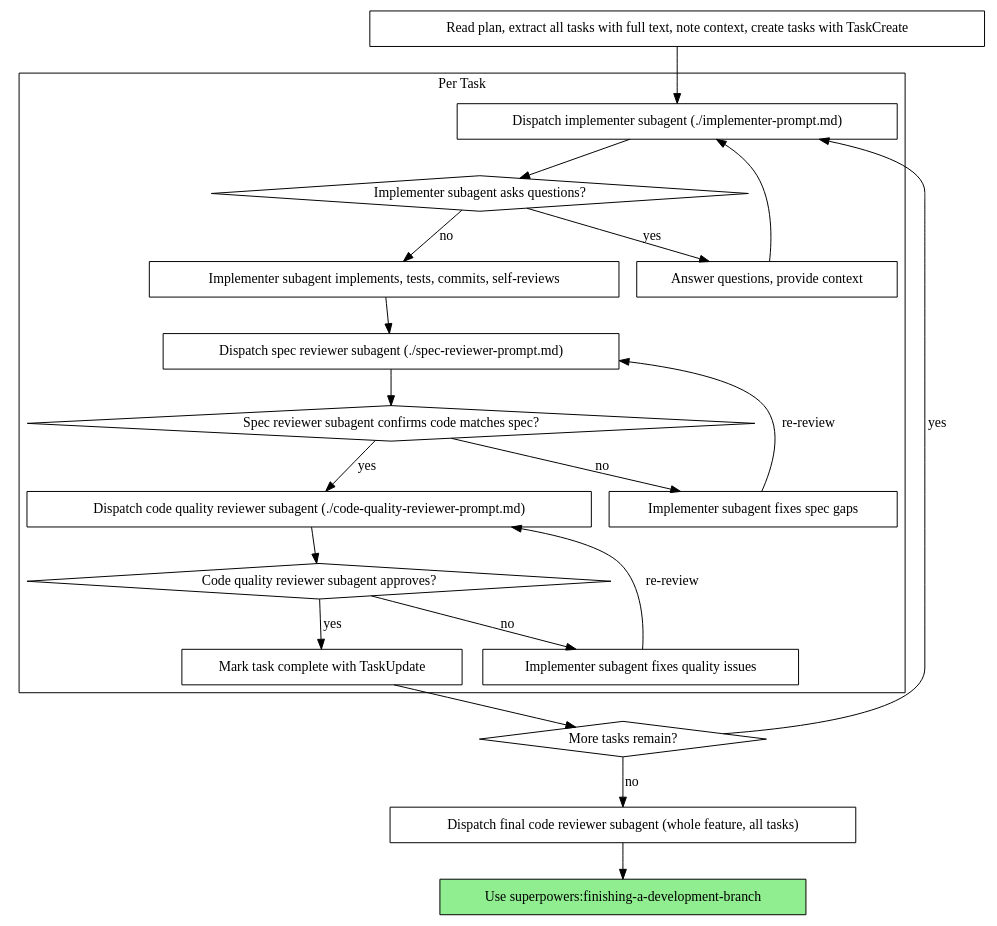
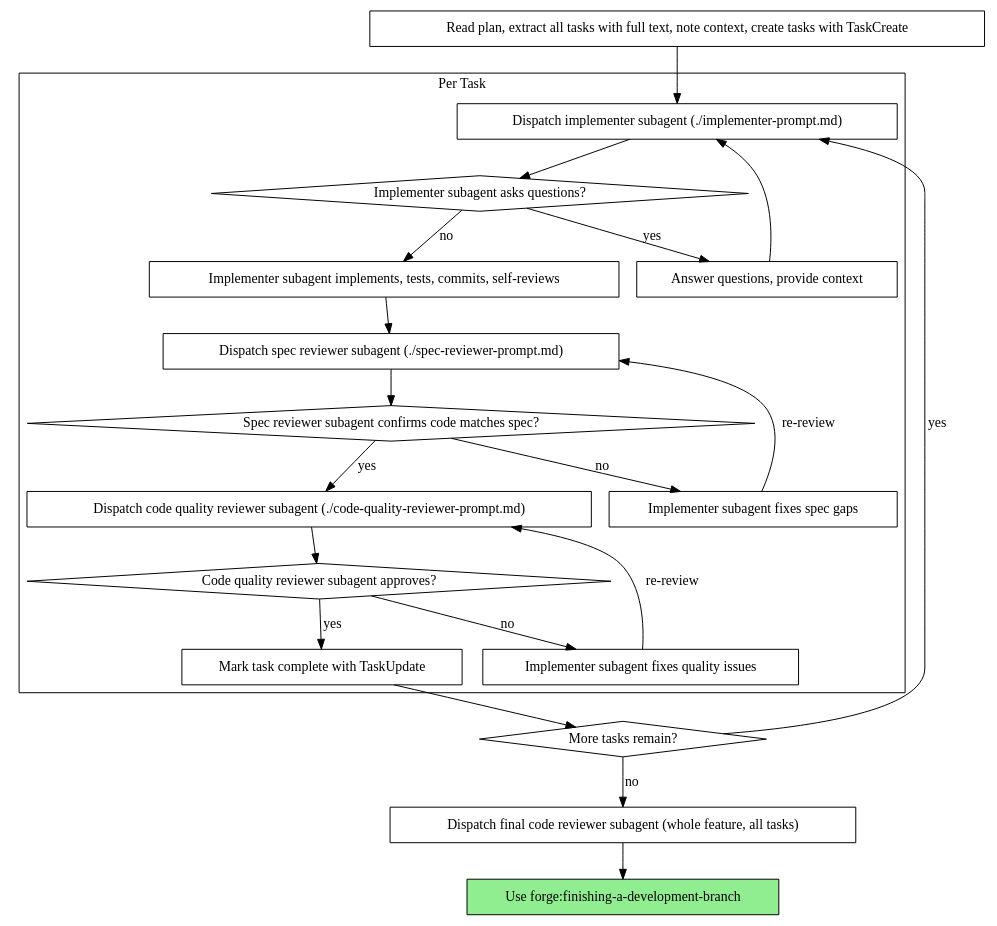
The second of 2 diagrams in skills/subagent-driven-development/SKILL.md (rahulsc/superpowers), drawn with Graphviz before and after one commit. The commit also changed other lines of this file and 1 other file, not shown here.

Commit message:
feat(subagent-driven-development): wire into forge state, evidence, and wave validation

````diff
--- a/skills/subagent-driven-development/SKILL.md
+++ b/skills/subagent-driven-development/SKILL.md
@@ -48,44 +48,44 @@
 ```dot
 digraph process {
     rankdir=TB;
 
     subgraph cluster_per_task {
         label="Per Task";
         "Dispatch implementer subagent (./implementer-prompt.md)" [shape=box];
         "Implementer subagent asks questions?" [shape=diamond];
         "Answer questions, provide context" [shape=box];
         "Implementer subagent implements, tests, commits, self-reviews" [shape=box];
         "Dispatch spec reviewer subagent (./spec-reviewer-prompt.md)" [shape=box];
         "Spec reviewer subagent confirms code matches spec?" [shape=diamond];
         "Implementer subagent fixes spec gaps" [shape=box];
         "Dispatch code quality reviewer subagent (./code-quality-reviewer-prompt.md)" [shape=box];
         "Code quality reviewer subagent approves?" [shape=diamond];
         "Implementer subagent fixes quality issues" [shape=box];
         "Mark task complete with TaskUpdate" [shape=box];
     }
 
     "Read plan, extract all tasks with full text, note context, create tasks with TaskCreate" [shape=box];
     "More tasks remain?" [shape=diamond];
     "Dispatch final code reviewer subagent (whole feature, all tasks)" [shape=box];
-    "Use superpowers:finishing-a-development-branch" [shape=box style=filled fillcolor=lightgreen];
+    "Use forge:finishing-a-development-branch" [shape=box style=filled fillcolor=lightgreen];
 
     "Read plan, extract all tasks with full text, note context, create tasks with TaskCreate" -> "Dispatch implementer subagent (./implementer-prompt.md)";
     "Dispatch implementer subagent (./implementer-prompt.md)" -> "Implementer subagent asks questions?";
     "Implementer subagent asks questions?" -> "Answer questions, provide context" [label="yes"];
     "Answer questions, provide context" -> "Dispatch implementer subagent (./implementer-prompt.md)";
     "Implementer subagent asks questions?" -> "Implementer subagent implements, tests, commits, self-reviews" [label="no"];
     "Implementer subagent implements, tests, commits, self-reviews" -> "Dispatch spec reviewer subagent (./spec-reviewer-prompt.md)";
     "Dispatch spec reviewer subagent (./spec-reviewer-prompt.md)" -> "Spec reviewer subagent confirms code matches spec?";
     "Spec reviewer subagent confirms code matches spec?" -> "Implementer subagent fixes spec gaps" [label="no"];
     "Implementer subagent fixes spec gaps" -> "Dispatch spec reviewer subagent (./spec-reviewer-prompt.md)" [label="re-review"];
     "Spec reviewer subagent confirms code matches spec?" -> "Dispatch code quality reviewer subagent (./code-quality-reviewer-prompt.md)" [label="yes"];
     "Dispatch code quality reviewer subagent (./code-quality-reviewer-prompt.md)" -> "Code quality reviewer subagent approves?";
     "Code quality reviewer subagent approves?" -> "Implementer subagent fixes quality issues" [label="no"];
     "Implementer subagent fixes quality issues" -> "Dispatch code quality reviewer subagent (./code-quality-reviewer-prompt.md)" [label="re-review"];
     "Code quality reviewer subagent approves?" -> "Mark task complete with TaskUpdate" [label="yes"];
     "Mark task complete with TaskUpdate" -> "More tasks remain?";
     "More tasks remain?" -> "Dispatch implementer subagent (./implementer-prompt.md)" [label="yes"];
     "More tasks remain?" -> "Dispatch final code reviewer subagent (whole feature, all tasks)" [label="no"];
-    "Dispatch final code reviewer subagent (whole feature, all tasks)" -> "Use superpowers:finishing-a-development-branch";
+    "Dispatch final code reviewer subagent (whole feature, all tasks)" -> "Use forge:finishing-a-development-branch";
 }
 ```
````
